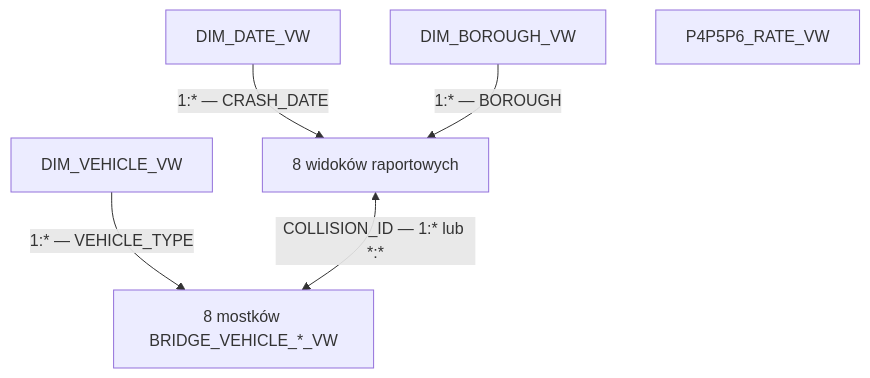
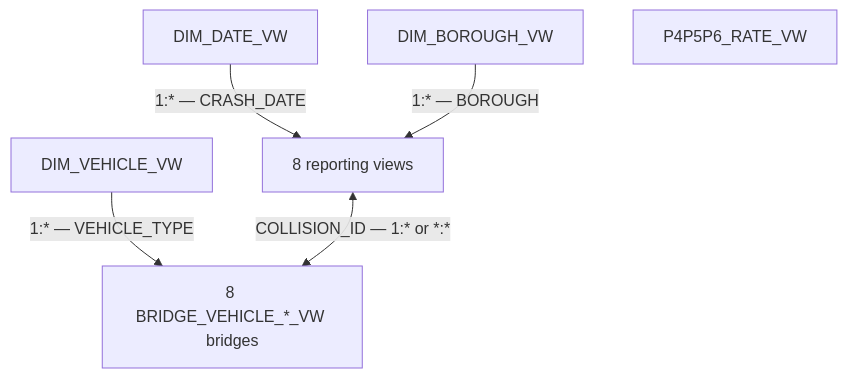
The diagram in 1/README.md (PBugowski/PBugowski.github.io), drawn with Mermaid before and after one commit. The commit also changed other lines of this file, not shown here.

````diff
--- a/1/README.md
+++ b/1/README.md
@@ -279,8 +279,8 @@
 ```mermaid
 flowchart TD
-    D["DIM_DATE_VW"] -->|"1:* — CRASH_DATE"| R["8 widoków raportowych"]
+    D["DIM_DATE_VW"] -->|"1:* — CRASH_DATE"| R["8 reporting views"]
     B["DIM_BOROUGH_VW"] -->|"1:* — BOROUGH"| R
-    V["DIM_VEHICLE_VW"] -->|"1:* — VEHICLE_TYPE"| K["8 mostków BRIDGE_VEHICLE_*_VW"]
-    R <-->|"COLLISION_ID — 1:* lub *:*"| K
+    V["DIM_VEHICLE_VW"] -->|"1:* — VEHICLE_TYPE"| K["8 BRIDGE_VEHICLE_*_VW bridges"]
+    R <-->|"COLLISION_ID — 1:* or *:*"| K
     S["P4P5P6_RATE_VW"]
 ```
````
